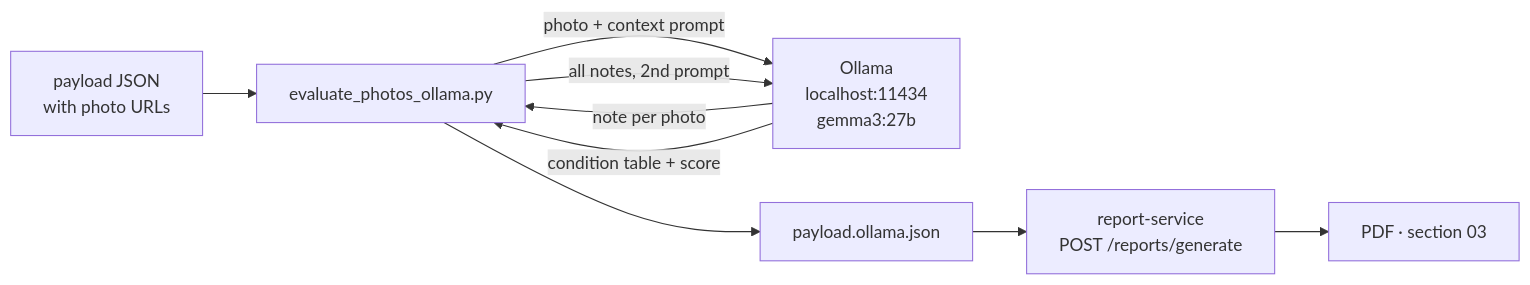
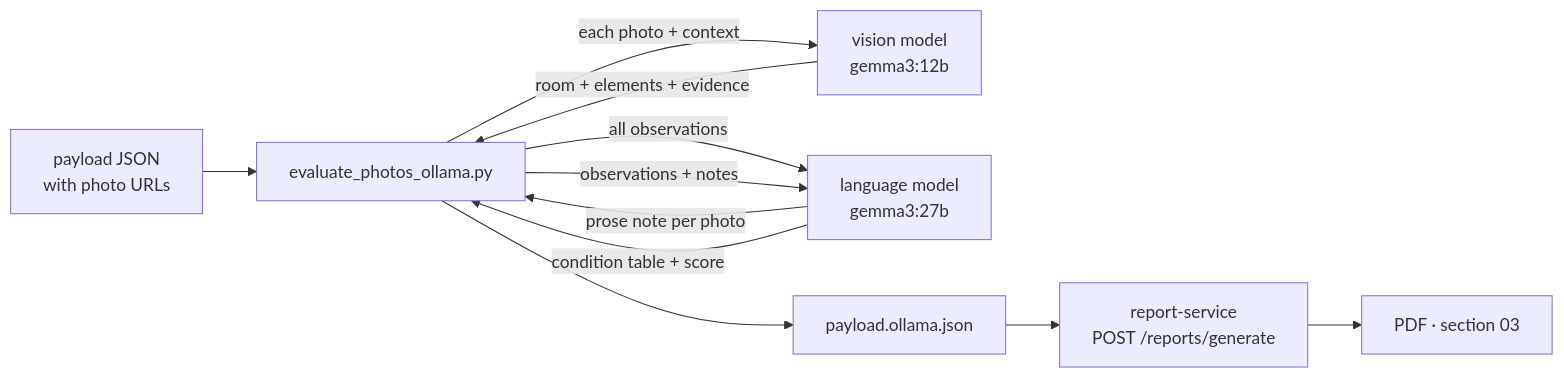
Before and after one commit to RobertSluka/estima-report-service: the diagram in docs/ollama-photo-workflow.md, drawn with Mermaid. The commit also changed other lines of this file and 3 other files, not shown here.

````diff
--- a/docs/ollama-photo-workflow.md
+++ b/docs/ollama-photo-workflow.md
@@ -24,11 +24,13 @@
 ```mermaid
 flowchart LR
     A[payload JSON\nwith photo URLs] --> B[evaluate_photos_ollama.py]
-    B -->|photo + context prompt| C[Ollama\nlocalhost:11434\ngemma3:27b]
-    C -->|note per photo| B
-    B -->|all notes, 2nd prompt| C
-    C -->|condition table + score| B
+    B -->|each photo + context| V[vision model\ngemma3:12b]
+    V -->|room + elements + evidence| B
+    B -->|all observations| G[language model\ngemma3:27b]
+    G -->|prose note per photo| B
+    B -->|observations + notes| G
+    G -->|condition table + score| B
     B --> D[payload.ollama.json]
     D --> E[report-service\nPOST /reports/generate]
     E --> F[PDF · section 03]
 ```
````
